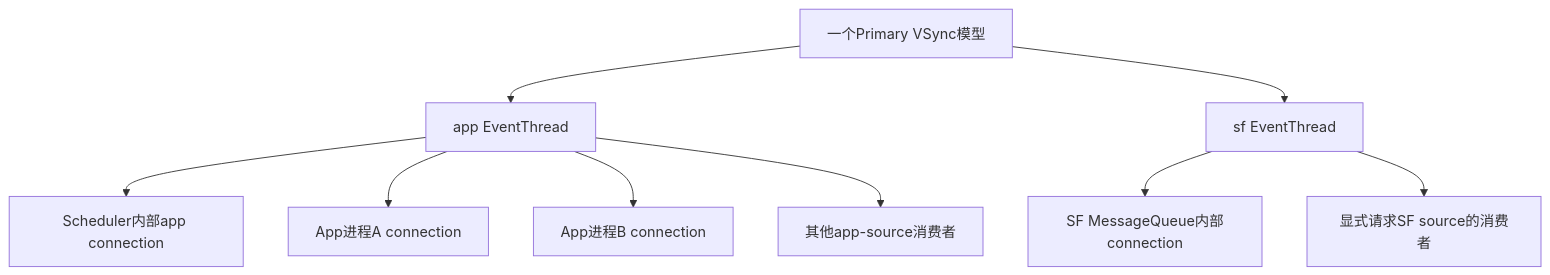
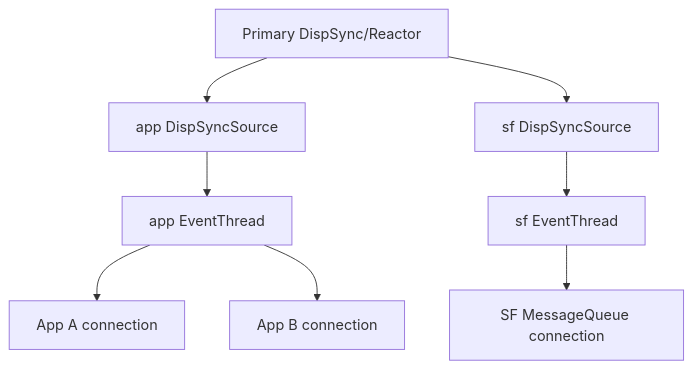
The second of 2 diagrams in Android源码学习/165-AndroidSchedulerVSyncModulatorEventThread与AppSF双VSync相位.md (junyingzhao001/StudyNotes), drawn with Mermaid before and after one commit. The commit also changed other lines of this file and 30 other files, not shown here.

````diff
--- a/Android源码学习/165-AndroidSchedulerVSyncModulatorEventThread与AppSF双VSync相位.md
+++ b/Android源码学习/165-AndroidSchedulerVSyncModulatorEventThread与AppSF双VSync相位.md
@@ -430,11 +306,10 @@
 ```mermaid
 flowchart TD
-    MODEL["一个Primary VSync模型"] --> AET["app EventThread"]
-    MODEL --> SET["sf EventThread"]
-    AET --> A0["Scheduler内部app connection"]
-    AET --> A1["App进程A connection"]
-    AET --> A2["App进程B connection"]
-    AET --> A3["其他app-source消费者"]
-    SET --> S0["SF MessageQueue内部connection"]
-    SET --> S1["显式请求SF source的消费者"]
+    M["Primary DispSync/Reactor"] --> AS["app DispSyncSource"]
+    M --> SS["sf DispSyncSource"]
+    AS --> AE["app EventThread"]
+    SS --> SE["sf EventThread"]
+    AE --> A1["App A connection"]
+    AE --> A2["App B connection"]
+    SE --> SQ["SF MessageQueue connection"]
 ```
````
